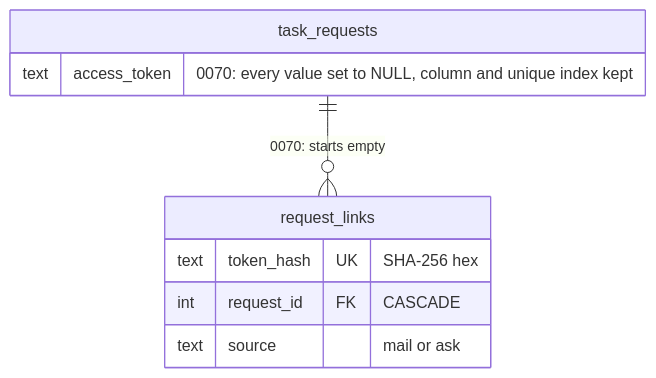
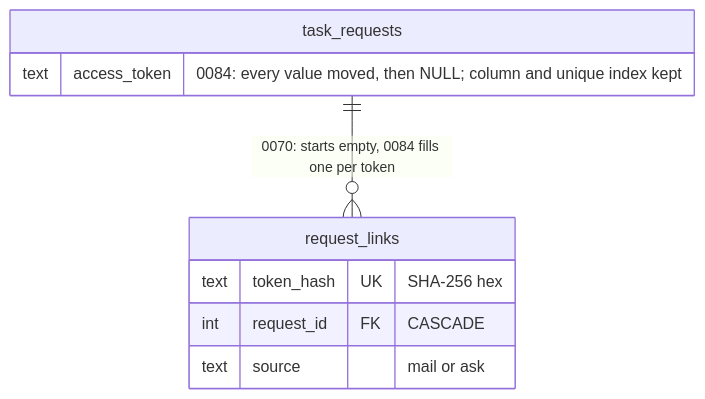
One commit to gitBoon/DumpFire changed diagram 58 of 60 in docs/data-model.md. Above: the diagram before and after it, drawn with Mermaid. The commit also changed other lines of this file and 123 other files, not shown here.

````diff
--- a/docs/data-model.md
+++ b/docs/data-model.md
@@ -4585,12 +4741,12 @@
 ```mermaid
 erDiagram
-    task_requests ||--o{ request_links : "0070: starts empty"
+    task_requests ||--o{ request_links : "0070: starts empty, 0084 fills one per token"
     task_requests {
-        text access_token "0070: every value set to NULL, column and unique index kept"
+        text access_token "0084: every value moved, then NULL; column and unique index kept"
     }
     request_links {
         text token_hash UK "SHA-256 hex"
         int request_id FK "CASCADE"
         text source "mail or ask"
     }
 ```
````
